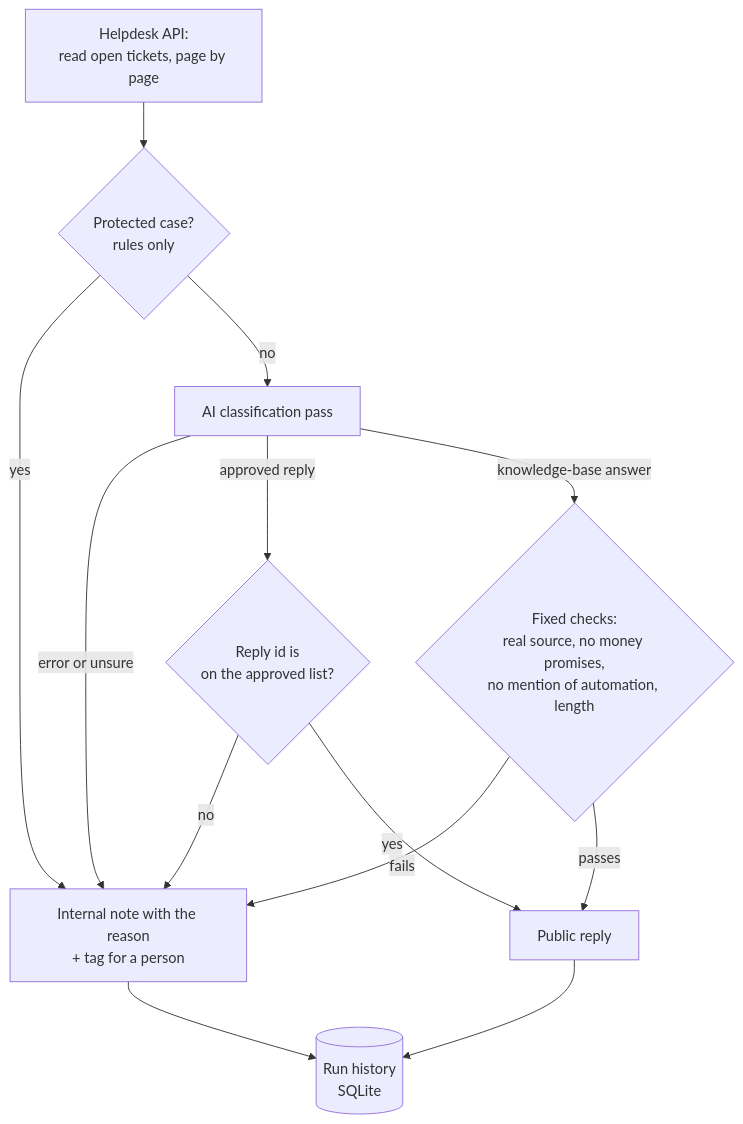
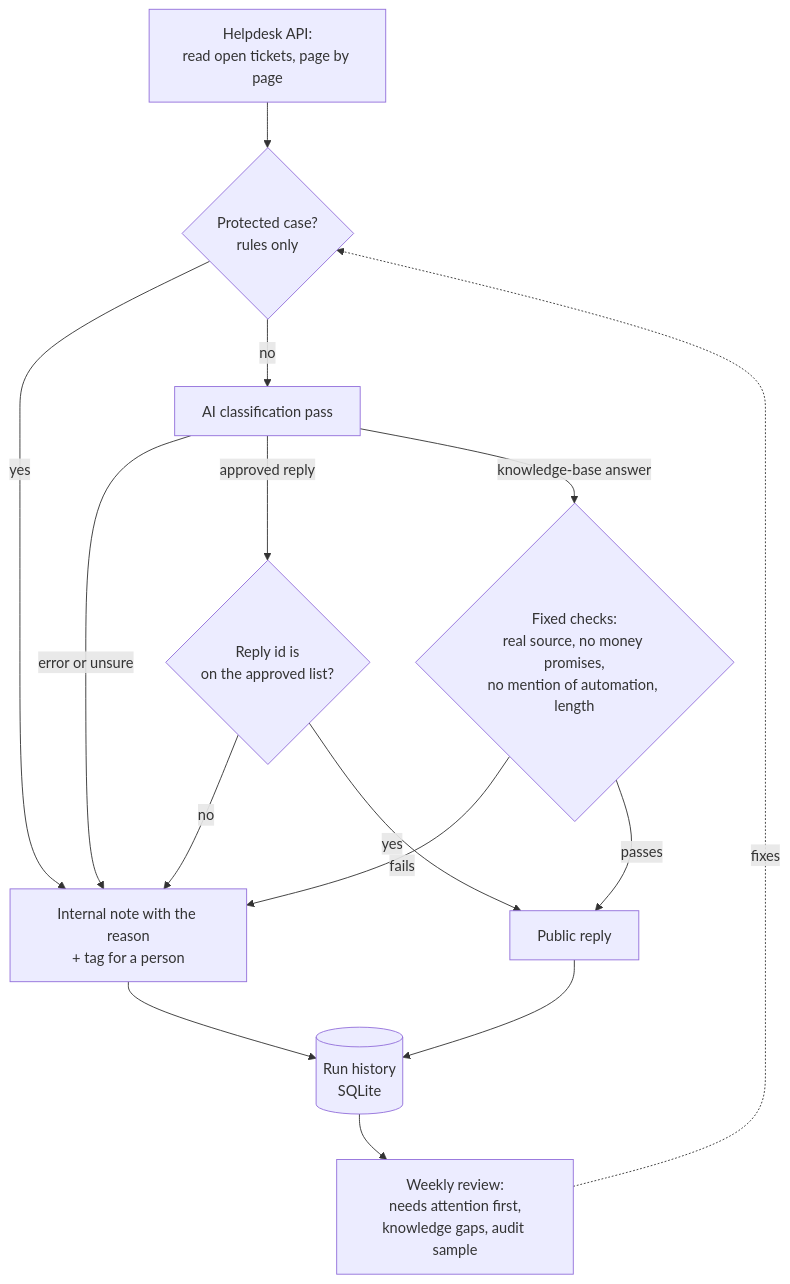
Before and after one commit to aleksandragrechuta-alt/ai-systems-portfolio: the diagram in code-sample/triage/README.md, drawn with Mermaid. The commit also changed other lines of this file and 3 other files, not shown here.

First line of the commit message:
Code sample: weekly performance review from the run history

````diff
--- a/code-sample/triage/README.md
+++ b/code-sample/triage/README.md
@@ -9,15 +9,17 @@
 ```mermaid
 flowchart TD
     API[Helpdesk API:<br/>read open tickets, page by page] --> G{Protected case?<br/>rules only}
     G -- yes --> H[Internal note with the reason<br/>+ tag for a person]
     G -- no --> AI[AI classification pass]
     AI -- error or unsure --> H
     AI -- approved reply --> R{Reply id is<br/>on the approved list?}
     AI -- knowledge-base answer --> K{Fixed checks:<br/>real source, no money promises,<br/>no mention of automation, length}
     R -- no --> H
     K -- fails --> H
     R -- yes --> S[Public reply]
     K -- passes --> S
     S --> LOG[(Run history<br/>SQLite)]
     H --> LOG
+    LOG --> REV[Weekly review:<br/>needs attention first,<br/>knowledge gaps, audit sample]
+    REV -. fixes .-> G
 ```
````
